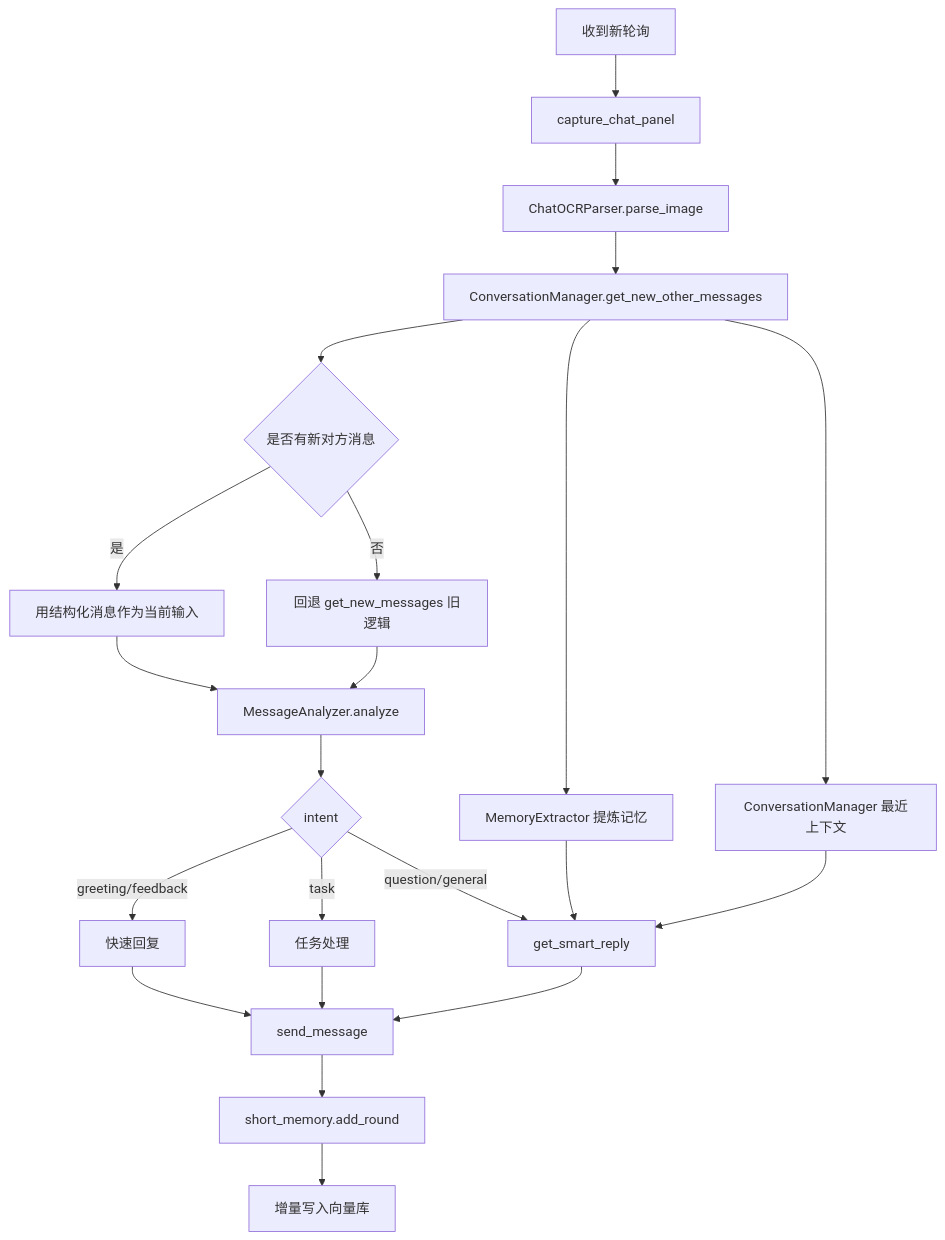
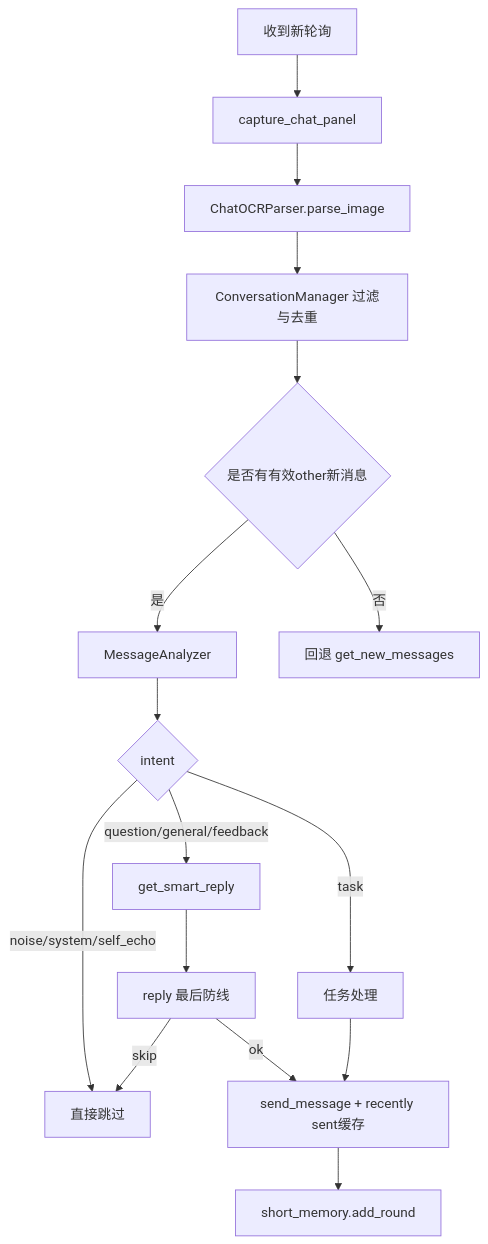
One commit to YaraYou/reply-simple-wechat changed the diagram in docs/README.md. Above: the diagram before and after it, drawn with Mermaid. The commit also changed other lines of this file and 49 other files, not shown here.

````diff
--- a/docs/README.md
+++ b/docs/README.md
@@ -71,29 +55,21 @@
 ```mermaid
 flowchart TD
   A[收到新轮询] --> B[capture_chat_panel]
   B --> C[ChatOCRParser.parse_image]
-  C --> D[ConversationManager.get_new_other_messages]
-  D --> E{是否有新对方消息}
+  C --> D[ConversationManager 过滤与去重]
+  D --> E{是否有有效other新消息}
 
-  E -->|是| F[用结构化消息作为当前输入]
-  E -->|否| G[回退 get_new_messages 旧逻辑]
+  E -->|是| F[MessageAnalyzer]
+  E -->|否| G[回退 get_new_messages]
 
-  F --> H[MessageAnalyzer.analyze]
-  G --> H
+  F --> H{intent}
+  H -->|noise/system/self_echo| X[直接跳过]
+  H -->|task| I[任务处理]
+  H -->|question/general/feedback| J[get_smart_reply]
 
-  H --> I{intent}
-  I -->|greeting/feedback| J[快速回复]
-  I -->|task| K[任务处理]
-  I -->|question/general| L[get_smart_reply]
-
-  D --> M[MemoryExtractor 提炼记忆]
-  D --> N[ConversationManager 最近上下文]
-  M --> L
-  N --> L
-
-  J --> O[send_message]
-  K --> O
-  L --> O
-  O --> P[short_memory.add_round]
-  P --> Q[增量写入向量库]
+  J --> K[reply 最后防线]
+  K -->|skip| X
+  K -->|ok| L[send_message + recently sent缓存]
+  I --> L
+  L --> M[short_memory.add_round]
 ```
````
